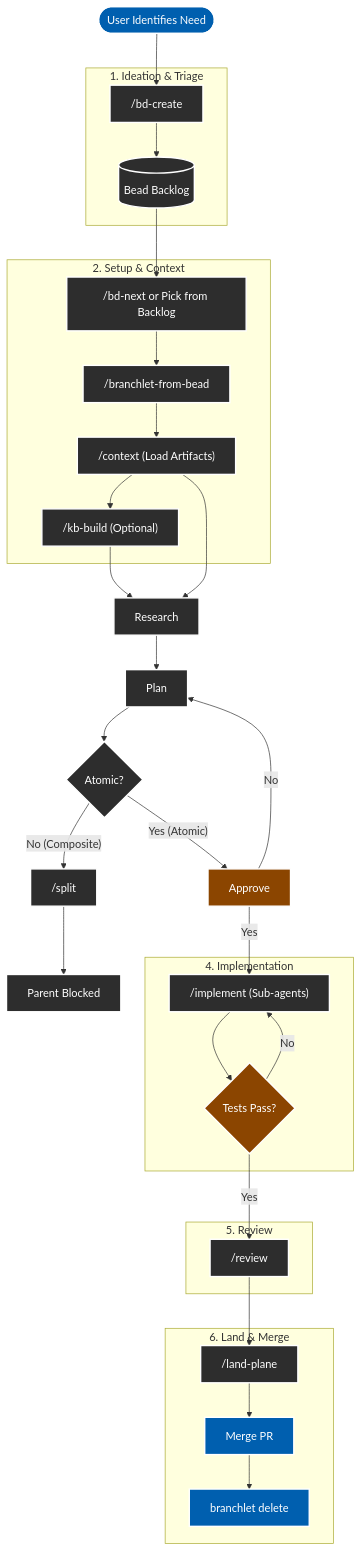
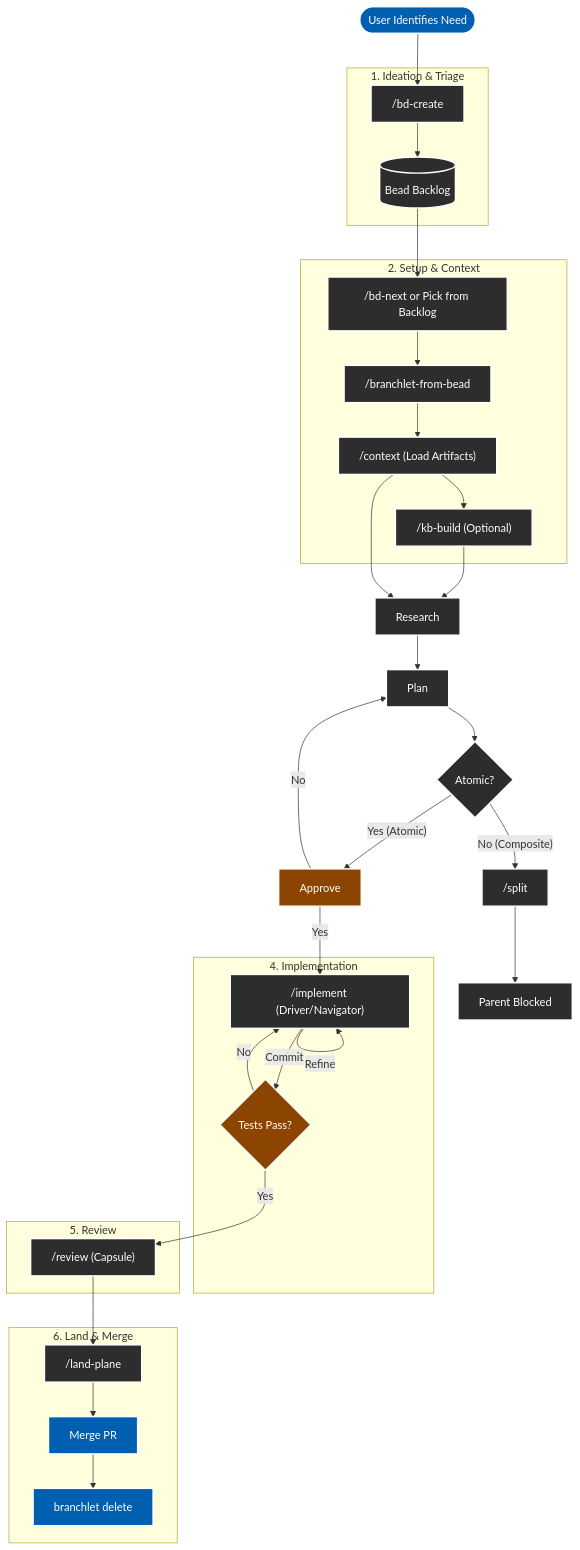
One commit to jveko/amp-maestro changed the diagram in templates/AGENTIC_WORKFLOW.md. Above: the diagram before and after it, drawn with Mermaid. The commit also changed other lines of this file and 6 other files, not shown here.

````diff
--- a/templates/AGENTIC_WORKFLOW.md
+++ b/templates/AGENTIC_WORKFLOW.md
@@ -5,62 +5,63 @@
 ```mermaid
 graph TD
     %% Styling for Dark Mode readability
     classDef default fill:#2d2d2d,stroke:#fff,stroke-width:2px,color:#fff;
     classDef decision fill:#8b4500,stroke:#fff,stroke-width:2px,color:#fff;
     classDef startend fill:#005faf,stroke:#fff,stroke-width:2px,color:#fff;
 
     Start([User Identifies Need]) --> Ideation
     
     subgraph "1. Ideation & Triage"
         Ideation["/bd-create"]
         Backlog[("Bead Backlog")]
     end
     Ideation --> Backlog
     
     subgraph "2. Setup & Context"
         PickWork["/bd-next or Pick from Backlog"]
         Worktree["/branchlet-from-bead"]
         Context["/context (Load Artifacts)"]
         Knowledge["/kb-build (Optional)"]
     end
     Backlog --> PickWork
     PickWork --> Worktree
     Worktree --> Context
     Context --> Knowledge
     Knowledge --> Research
     Context --> Research
     Research --> Plan
     Plan --> Complexity{Atomic?}
     
     Complexity -- No (Composite) --> Split["/split"]
     Complexity -- Yes (Atomic) --> Approve
     
     Approve -- No --> Plan
     Split --> Blocked[Parent Blocked]
     
     subgraph "4. Implementation"
-        Implement["/implement (Sub-agents)"]
+        Implement["/implement (Driver/Navigator)"]
         Verify{Tests Pass?}
     end
     
     subgraph "5. Review"
-        Review["/review"]
+        Review["/review (Capsule)"]
     end
     
     Approve -- Yes --> Implement
-    Implement --> Verify
+    Implement -- "Commit" --> Verify
+    Implement -- "Refine" --> Implement
     Verify -- No --> Implement
     Verify -- Yes --> Review
     
     subgraph "6. Land & Merge"
         Land["/land-plane"]
         Merge[Merge PR]
         Cleanup["branchlet delete"]
     end
     Review --> Land
     Land --> Merge
     Merge --> Cleanup
     
     class Start,Merge,Cleanup startend;
     class Approve,Verify decision;
 ```
````
